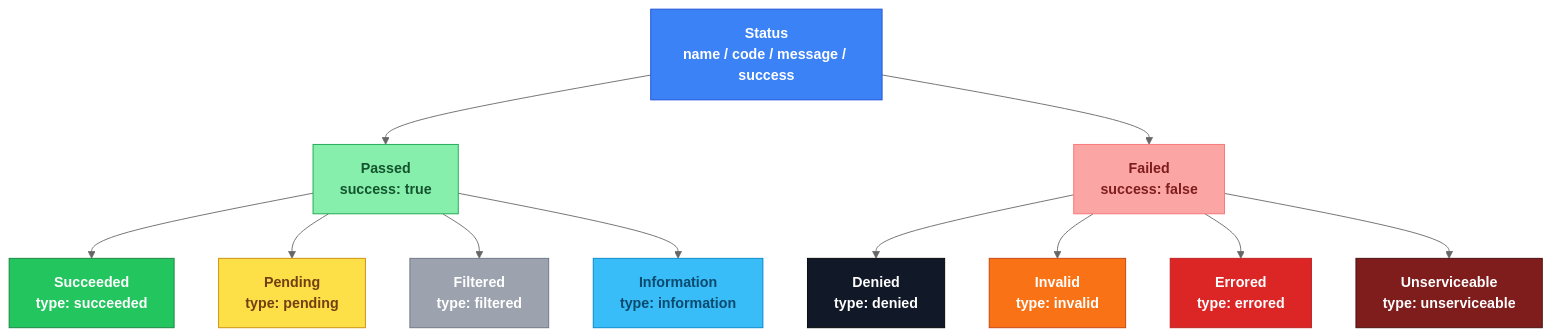
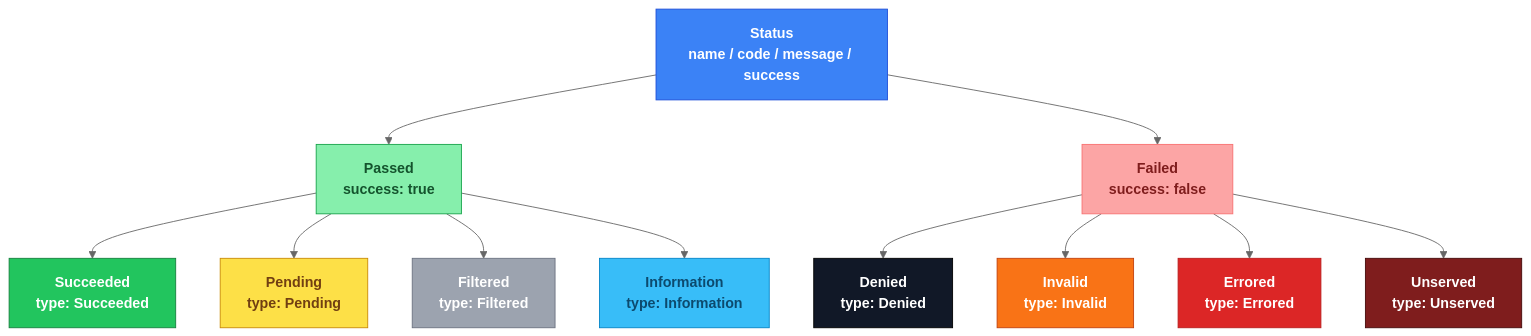
One commit to slatekit/kiit-codes changed the diagram in README.md. Above: the diagram before and after it, drawn with Mermaid (neutral theme). The commit also changed other lines of this file and 6 other files, not shown here.

Commit message:
fixes: rename Unserviceable to Unserved + ranges

````diff
--- a/README.md
+++ b/README.md
@@ -120,40 +120,40 @@
 ```mermaid
 graph TD
     classDef statusNode        fill:#3b82f6,stroke:#1d4ed8,color:#ffffff,font-weight:bold
     classDef passedNode        fill:#86efac,stroke:#16a34a,color:#14532d,font-weight:bold
     classDef succeededNode     fill:#22c55e,stroke:#15803d,color:#ffffff,font-weight:bold
     classDef pendingNode       fill:#fde047,stroke:#ca8a04,color:#713f12,font-weight:bold
     classDef filteredNode      fill:#9ca3af,stroke:#6b7280,color:#ffffff,font-weight:bold
     classDef informationNode   fill:#38bdf8,stroke:#0284c7,color:#0c4a6e,font-weight:bold
     classDef failedNode        fill:#fca5a5,stroke:#f87171,color:#7f1d1d,font-weight:bold
     classDef deniedNode        fill:#111827,stroke:#000000,color:#ffffff,font-weight:bold
     classDef invalidNode       fill:#f97316,stroke:#c2410c,color:#ffffff,font-weight:bold
     classDef erroredNode       fill:#dc2626,stroke:#b91c1c,color:#ffffff,font-weight:bold
-    classDef unserviceableNode fill:#7f1d1d,stroke:#450a0a,color:#ffffff,font-weight:bold
+    classDef unservedNode fill:#7f1d1d,stroke:#450a0a,color:#ffffff,font-weight:bold
 
     Status["Status<br/>name / code / message / success"]:::statusNode
 
     Passed["Passed<br/>success: true"]:::passedNode
     Failed["Failed<br/>success: false"]:::failedNode
 
-    Succeeded["Succeeded<br/>type: succeeded"]:::succeededNode
-    Pending["Pending<br/>type: pending"]:::pendingNode
-    Filtered["Filtered<br/>type: filtered"]:::filteredNode
-    Information["Information<br/>type: information"]:::informationNode
+    Succeeded["Succeeded<br/>type: Succeeded"]:::succeededNode
+    Pending["Pending<br/>type: Pending"]:::pendingNode
+    Filtered["Filtered<br/>type: Filtered"]:::filteredNode
+    Information["Information<br/>type: Information"]:::informationNode
 
-    Denied["Denied<br/>type: denied"]:::deniedNode
-    Invalid["Invalid<br/>type: invalid"]:::invalidNode
-    Errored["Errored<br/>type: errored"]:::erroredNode
-    Unserviceable["Unserviceable<br/>type: unserviceable"]:::unserviceableNode
+    Denied["Denied<br/>type: Denied"]:::deniedNode
+    Invalid["Invalid<br/>type: Invalid"]:::invalidNode
+    Errored["Errored<br/>type: Errored"]:::erroredNode
+    Unserved["Unserved<br/>type: Unserved"]:::unservedNode
 
     Status --> Passed
     Status --> Failed
     Passed --> Succeeded
     Passed --> Pending
     Passed --> Filtered
     Passed --> Information
     Failed --> Denied
     Failed --> Invalid
     Failed --> Errored
-    Failed --> Unserviceable
+    Failed --> Unserved
 ```
````
